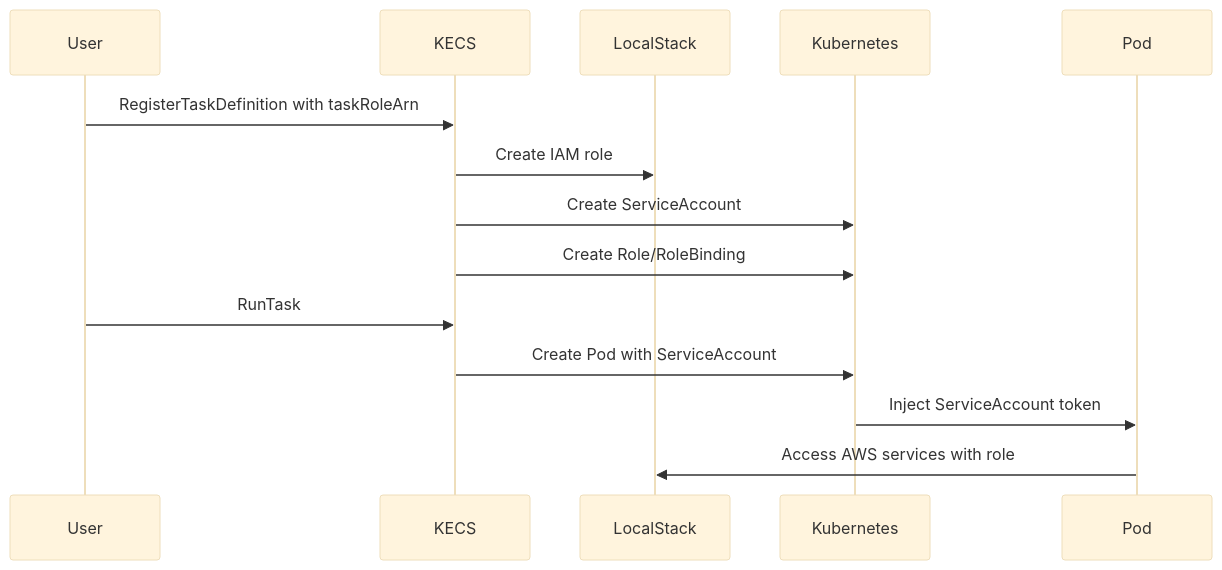
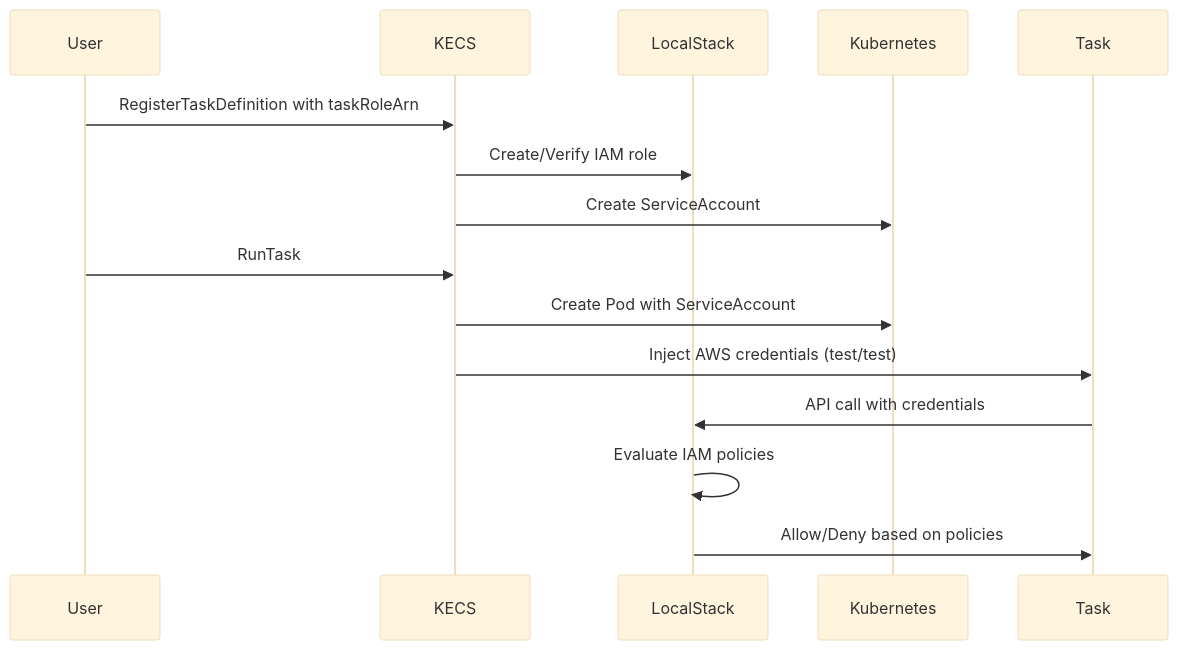
The diagram in docs/iam-integration.md (nandemo-ya/kecs), drawn with Mermaid (base theme) before and after one commit. The commit also changed other lines of this file and 7 other files, not shown here.

First line of the commit message:
feat: Simplify IAM integration to use LocalStack directly

````diff
--- a/docs/iam-integration.md
+++ b/docs/iam-integration.md
@@ -15,17 +15,19 @@
 ```mermaid
 sequenceDiagram
     participant User
     participant KECS
     participant LocalStack
     participant Kubernetes
+    participant Task
     
     User->>KECS: RegisterTaskDefinition with taskRoleArn
-    KECS->>LocalStack: Create IAM role
+    KECS->>LocalStack: Create/Verify IAM role
     KECS->>Kubernetes: Create ServiceAccount
-    KECS->>Kubernetes: Create Role/RoleBinding
     
     User->>KECS: RunTask
     KECS->>Kubernetes: Create Pod with ServiceAccount
-    Kubernetes->>Pod: Inject ServiceAccount token
-    Pod->>LocalStack: Access AWS services with role
+    KECS->>Task: Inject AWS credentials (test/test)
+    Task->>LocalStack: API call with credentials
+    LocalStack->>LocalStack: Evaluate IAM policies
+    LocalStack->>Task: Allow/Deny based on policies
 ```
````
